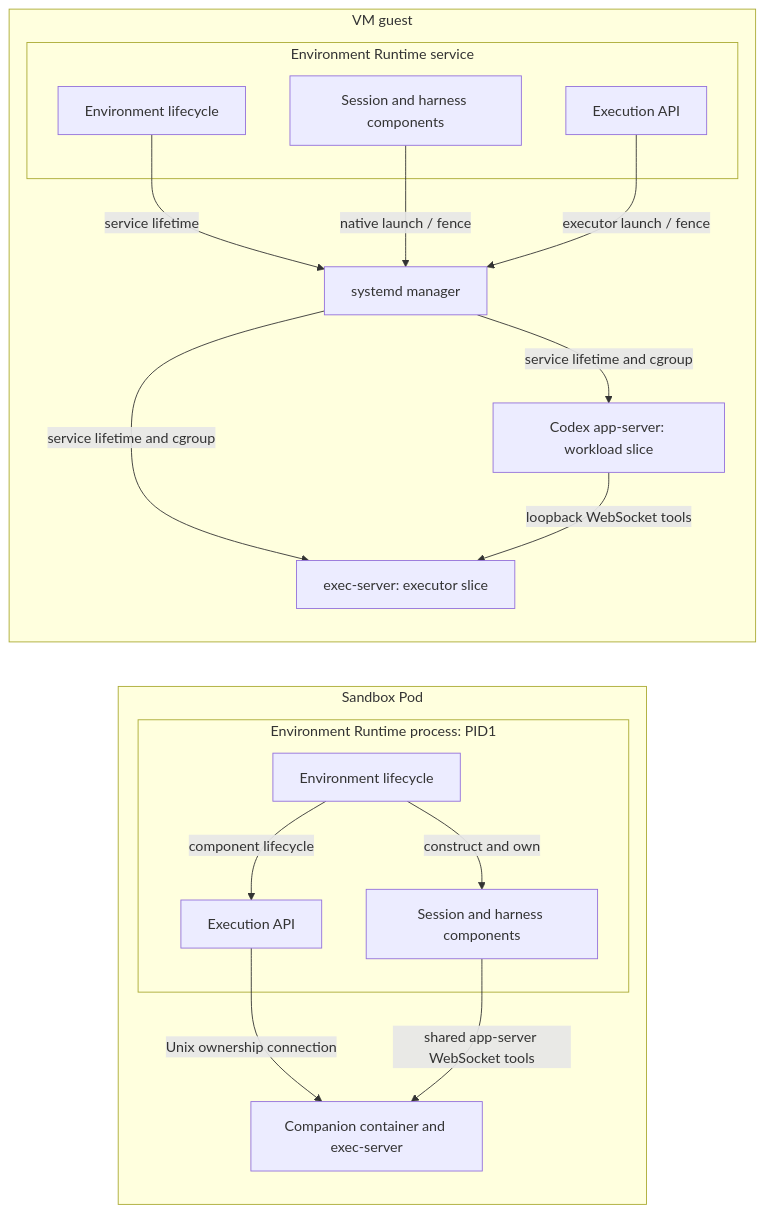
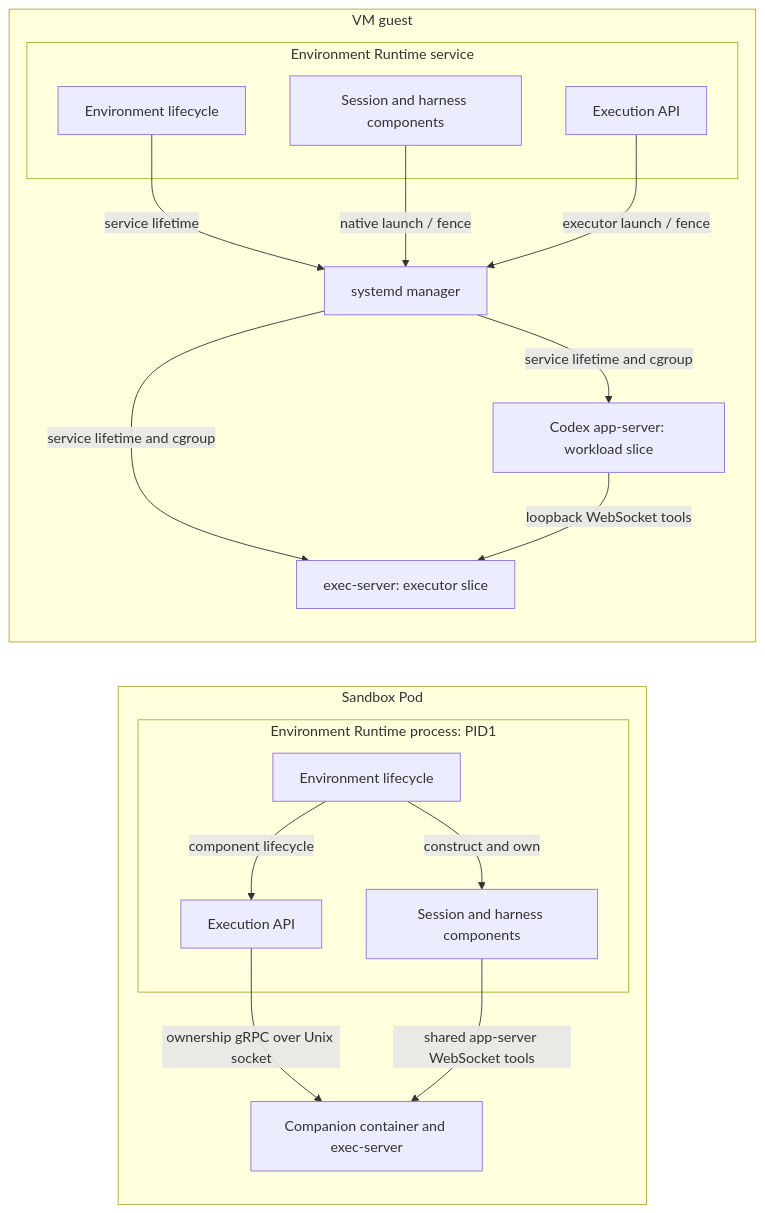
The fifth of 9 diagrams in agentplane/docs/system_overview.md (agentydragon/ducktape), drawn with Mermaid before and after one commit. The commit also changed other lines of this file and 19 other files, not shown here.

Commit message:
Use gRPC for executor companion ownership

````diff
--- a/agentplane/docs/system_overview.md
+++ b/agentplane/docs/system_overview.md
@@ -386,31 +386,31 @@
 ```mermaid
 flowchart LR
     subgraph pod[Sandbox Pod]
         subgraph pod_runtime[Environment Runtime process: PID1]
           runtime[Environment lifecycle]
           host[Session and harness components]
           execution[Execution API]
         end
         exec[Companion container and exec-server]
         runtime -->|construct and own| host
         runtime -->|component lifecycle| execution
-        execution -->|Unix ownership connection| exec
+        execution -->|ownership gRPC over Unix socket| exec
         host -->|shared app-server WebSocket tools| exec
     end
     subgraph vm[VM guest]
         subgraph vm_runtime[Environment Runtime service]
           vmruntime[Environment lifecycle]
           vmhost[Session and harness components]
           vmexecution[Execution API]
         end
         manager[systemd manager]
         harness[Codex app-server: workload slice]
         vmexec[exec-server: executor slice]
         vmruntime -->|service lifetime| manager
         vmhost -->|native launch / fence| manager
         vmexecution -->|executor launch / fence| manager
         manager -->|service lifetime and cgroup| vmexec
         manager -->|service lifetime and cgroup| harness
         harness -->|loopback WebSocket tools| vmexec
     end
 ```
````
